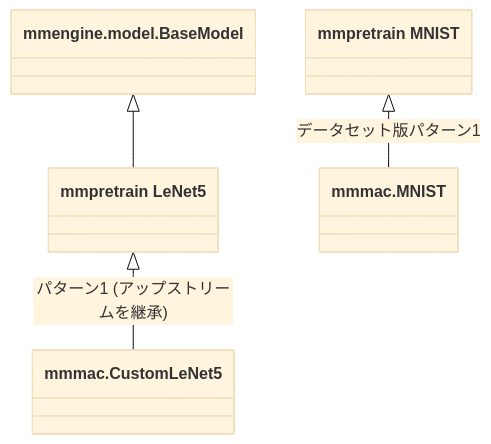
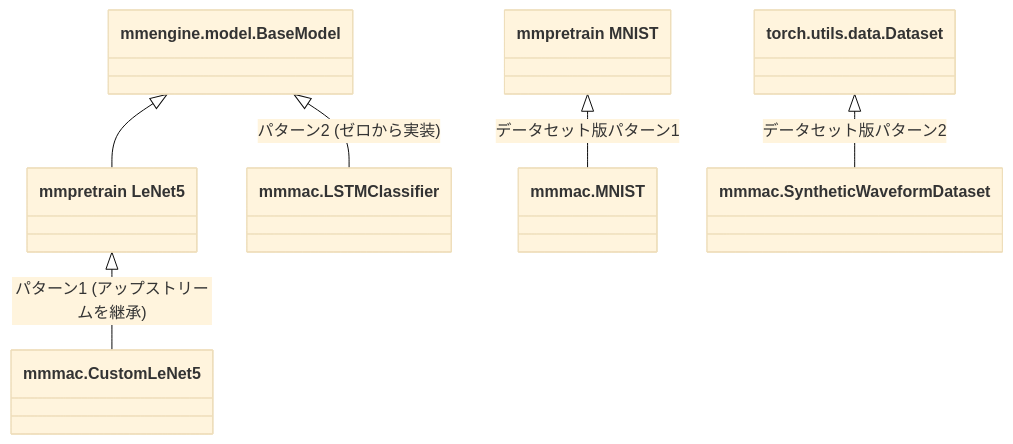
Before and after one commit to abepaccio/mmMac: the second of 2 diagrams in docs/extending.md, drawn with Mermaid (base theme). The commit also changed other lines of this file and 16 other files, not shown here.

````diff
--- a/docs/extending.md
+++ b/docs/extending.md
@@ -107,11 +141,16 @@
 ```mermaid
 classDiagram
     class BaseModel["mmengine.model.BaseModel"]
     class LeNet5["mmpretrain LeNet5"]
     class MMPretrainMNIST["mmpretrain MNIST"]
     class CustomLeNet5["mmmac.CustomLeNet5"]
+    class LSTMClassifier["mmmac.LSTMClassifier"]
     class MNIST["mmmac.MNIST"]
+    class SyntheticWaveformDataset["mmmac.SyntheticWaveformDataset"]
     BaseModel <|-- LeNet5
     LeNet5 <|-- CustomLeNet5 : パターン1 (アップストリームを継承)
+    BaseModel <|-- LSTMClassifier : パターン2 (ゼロから実装)
     MMPretrainMNIST <|-- MNIST : データセット版パターン1
+    class TorchDataset["torch.utils.data.Dataset"]
+    TorchDataset <|-- SyntheticWaveformDataset : データセット版パターン2
 ```
````
